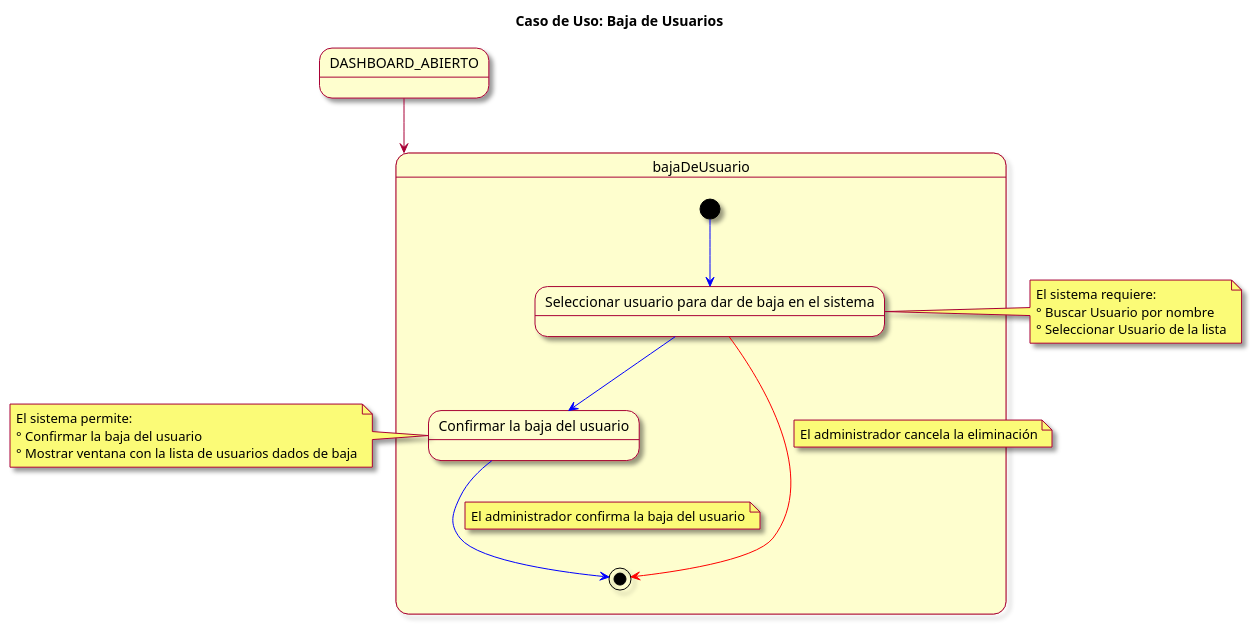
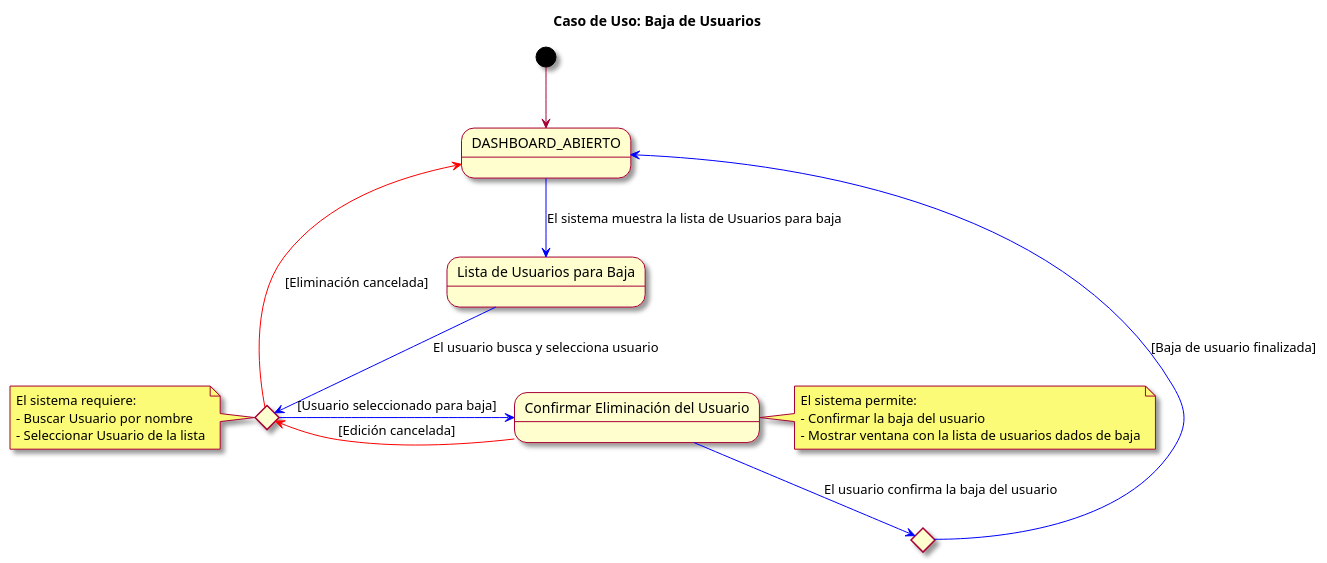
One commit to mmasias/23-24-IdSw1-SDR changed the diagram in modelosUML/casosDeUso/detalles/eliminarUsuario.puml. Above: the diagram before and after it, drawn with PlantUML.

Commit message:
Update eliminarUsuario.puml
Cambio completo del archivo uml de caso de uso dar de baja

```diff
--- a/modelosUML/casosDeUso/detalles/eliminarUsuario.puml
+++ b/modelosUML/casosDeUso/detalles/eliminarUsuario.puml
@@ -1,33 +1,32 @@
 @startuml
 skin rose
 title Caso de Uso: Baja de Usuarios
 
-state DASHBOARD_ABIERTO
+state DASHBOARD_ABIERTO as "DASHBOARD_ABIERTO"
+state ListaUsuariosBaja as "Lista de Usuarios para Baja"
+state SeleccionarUsuarioBaja <<choice>>
+state ConfirmarEliminarUsuario as "Confirmar Eliminación del Usuario"
+state BajaUsuarioFinalizada <<choice>>
 
-DASHBOARD_ABIERTO --> bajaDeUsuario
+[*] -d-> DASHBOARD_ABIERTO
+DASHBOARD_ABIERTO -d[#blue]-> ListaUsuariosBaja : El sistema muestra la lista de Usuarios para baja
+ListaUsuariosBaja -d[#blue]-> SeleccionarUsuarioBaja : El usuario busca y selecciona usuario
+SeleccionarUsuarioBaja -r[#blue]-> ConfirmarEliminarUsuario : [Usuario seleccionado para baja]
+ConfirmarEliminarUsuario -d[#blue]-> BajaUsuarioFinalizada : El usuario confirma la baja del usuario
+BajaUsuarioFinalizada -r[#blue]-> DASHBOARD_ABIERTO : [Baja de usuario finalizada]
+SeleccionarUsuarioBaja -l[#red]-> DASHBOARD_ABIERTO : [Eliminación cancelada]
+ConfirmarEliminarUsuario -l[#red]-> SeleccionarUsuarioBaja : [Edición cancelada]
 
-state bajaDeUsuario {
-  [*] -[#blue]-> seleccionarUsuario
-  state "Seleccionar usuario para dar de baja en el sistema" as seleccionarUsuario
-  seleccionarUsuario -[#blue]-> confirmarEliminarUsuario
-  state "Confirmar la baja del usuario" as confirmarEliminarUsuario
-  confirmarEliminarUsuario -[#blue]-> [*]
-  note on link: El administrador confirma la baja del usuario
-  
-  seleccionarUsuario -[#red]-> [*]
-  note on link: El administrador cancela la eliminación
-}
-
-note left of confirmarEliminarUsuario
+note right of ConfirmarEliminarUsuario
   El sistema permite:
-  ° Confirmar la baja del usuario
-  ° Mostrar ventana con la lista de usuarios dados de baja
+  - Confirmar la baja del usuario
+  - Mostrar ventana con la lista de usuarios dados de baja
 end note
 
-note left of seleccionarUsuario
+note left of SeleccionarUsuarioBaja
   El sistema requiere:
-  ° Buscar Usuario por nombre
-  ° Seleccionar Usuario de la lista
+  - Buscar Usuario por nombre
+  - Seleccionar Usuario de la lista
 end note
 
 @enduml
```
